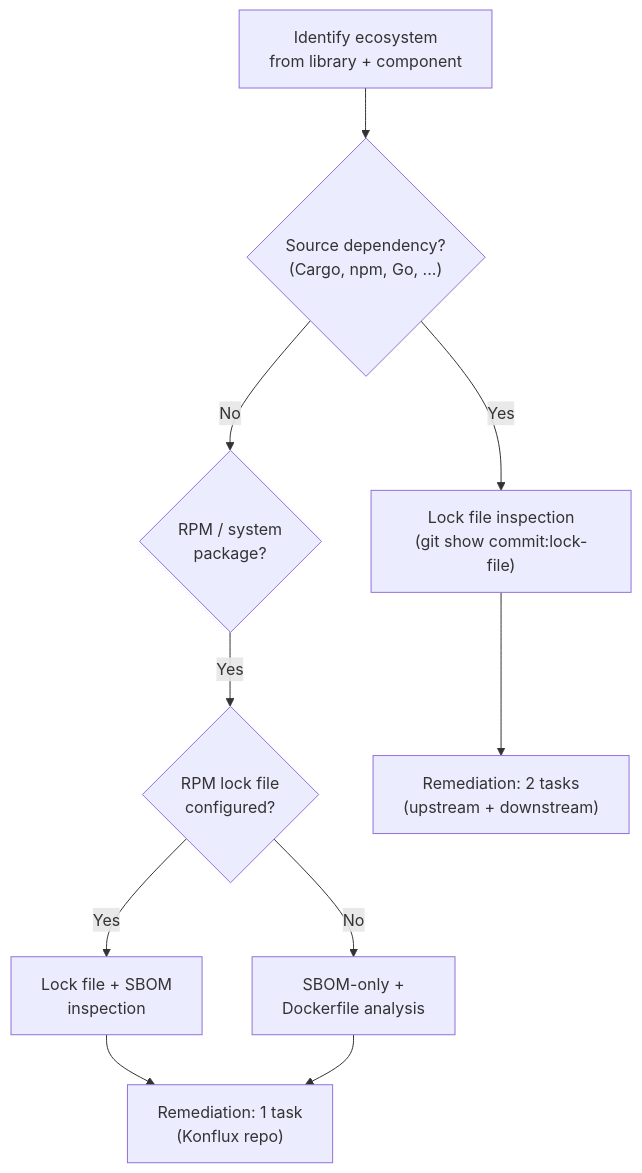
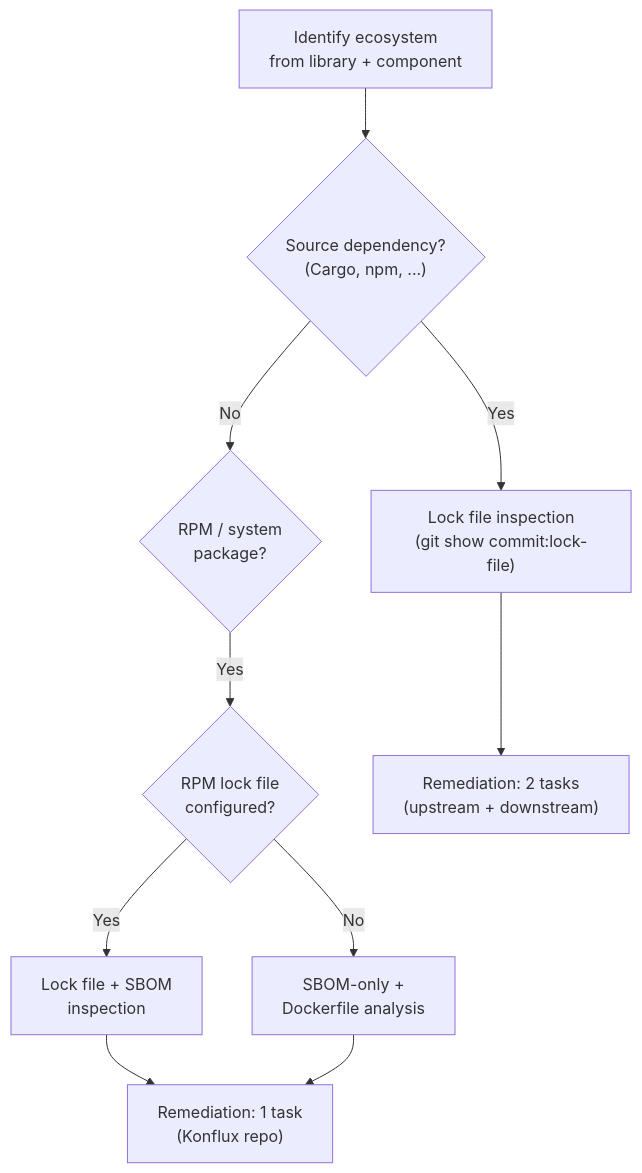
The second of 3 diagrams in plugins/sdlc-workflow/skills/triage-security/SKILL.md (RHEcosystemAppEng/sdlc-plugins), drawn with Mermaid before and after one commit. The commit also changed other lines of this file and 2 other files, not shown here.

````diff
--- a/plugins/sdlc-workflow/skills/triage-security/SKILL.md
+++ b/plugins/sdlc-workflow/skills/triage-security/SKILL.md
@@ -378,12 +384,12 @@
 ```mermaid
 flowchart TD
-    A["Identify ecosystem\nfrom library + component"] --> B{"Source dependency?\n(Cargo, npm, Go, ...)"}
+    A["Identify ecosystem\nfrom library + component"] --> B{"Source dependency?\n(Cargo, npm, ...)"}
     B -->|Yes| C["Lock file inspection\n(git show commit:lock-file)"]
     B -->|No| D{"RPM / system\npackage?"}
     D -->|Yes| E{"RPM lock file\nconfigured?"}
     E -->|Yes| F["Lock file + SBOM\ninspection"]
     E -->|No| G["SBOM-only +\nDockerfile analysis"]
     C --> H["Remediation: 2 tasks\n(upstream + downstream)"]
     F --> I["Remediation: 1 task\n(Konflux repo)"]
     G --> I
 ```
````
